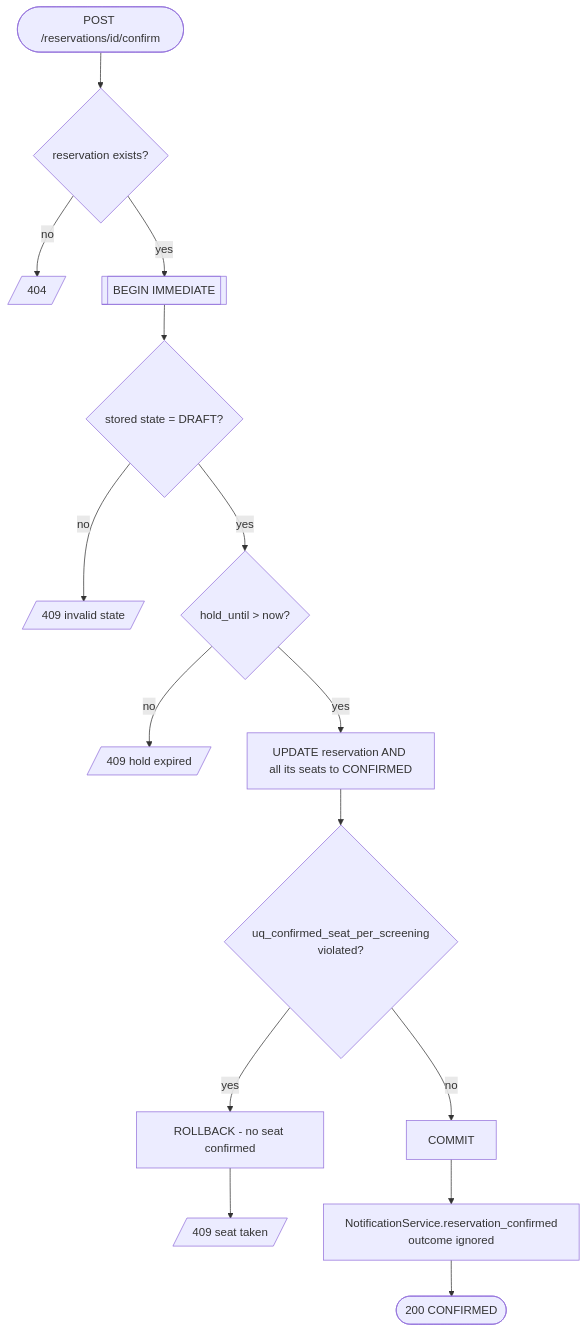
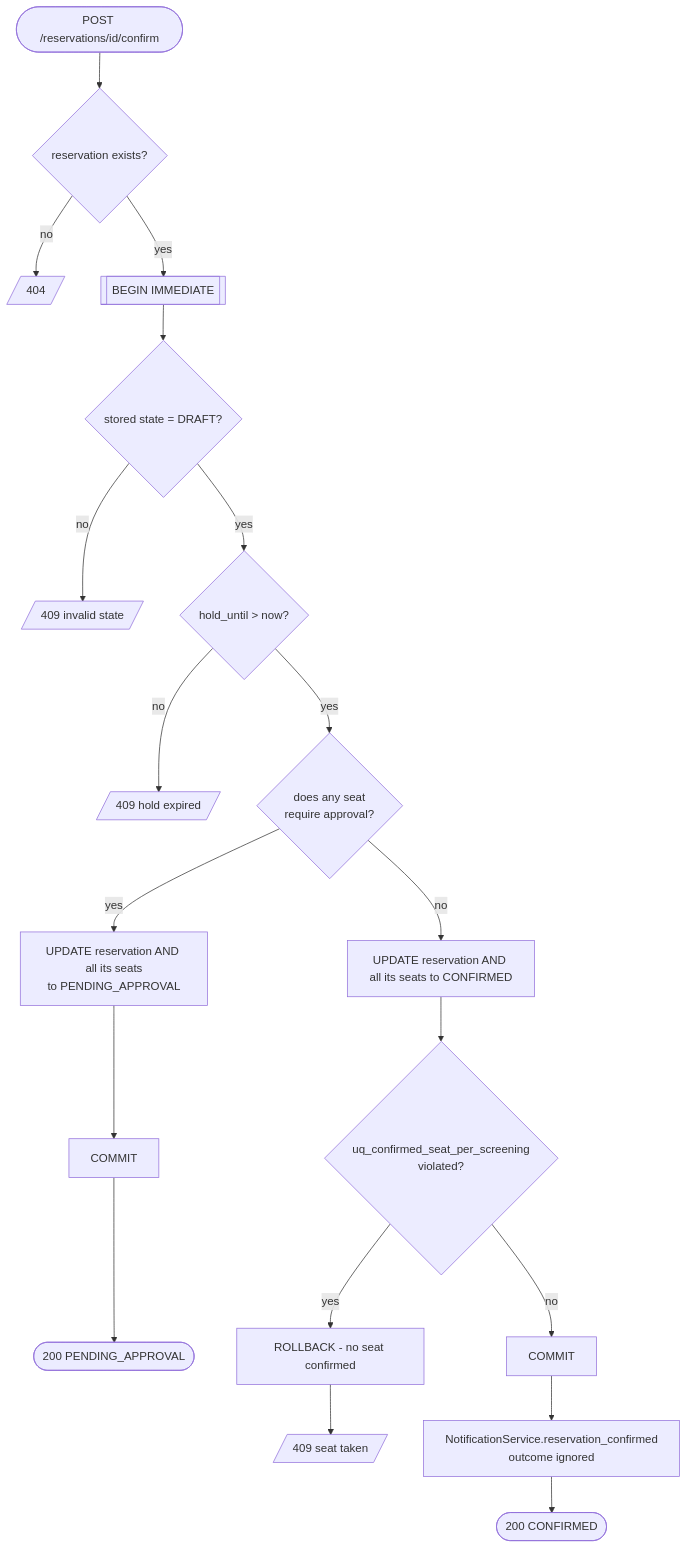
Before and after one commit to SerpentSide/SWI_Projekt: the fifth of 7 diagrams in docs/diagrams.md, drawn with Mermaid. The commit also changed other lines of this file and 5 other files, not shown here.

First line of the commit message:
C02: baseline v0.2 - approval before confirmation (spec, impact analysis, diagrams)

````diff
--- a/docs/diagrams.md
+++ b/docs/diagrams.md
@@ -121,17 +144,21 @@
 ```mermaid
 flowchart TD
     start([POST /reservations/id/confirm]) --> r{reservation exists?}
     r -- no --> e404[/404/]
     r -- yes --> tx[[BEGIN IMMEDIATE]]
     tx --> d{stored state = DRAFT?}
     d -- no --> e409a[/409 invalid state/]
     d -- yes --> hold{hold_until > now?}
     hold -- no --> e409b[/409 hold expired/]
-    hold -- yes --> upd[UPDATE reservation AND all its seats to CONFIRMED]
+    hold -- yes --> ap{does any seat<br/>require approval?}
+    ap -- yes --> pend[UPDATE reservation AND all its seats<br/>to PENDING_APPROVAL]
+    pend --> commitp[COMMIT]
+    commitp --> okp([200 PENDING_APPROVAL])
+    ap -- no --> upd[UPDATE reservation AND all its seats to CONFIRMED]
     upd --> uq{uq_confirmed_seat_per_screening<br/>violated?}
     uq -- yes --> rb[ROLLBACK - no seat confirmed]
     rb --> e409c[/409 seat taken/]
     uq -- no --> commit[COMMIT]
     commit --> notify[NotificationService.reservation_confirmed<br/>outcome ignored]
     notify --> ok([200 CONFIRMED])
 ```
````
